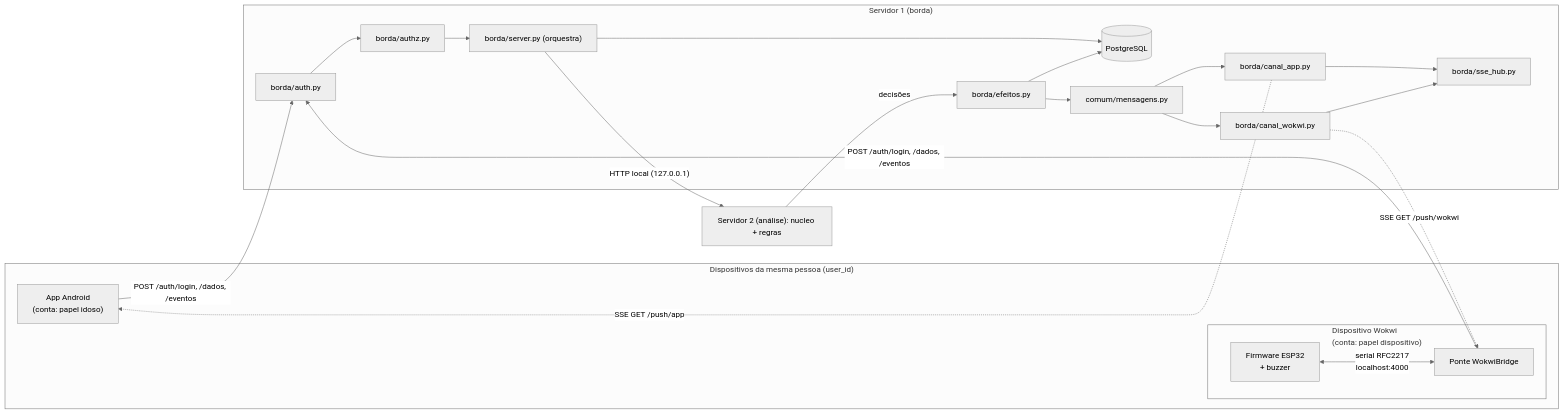
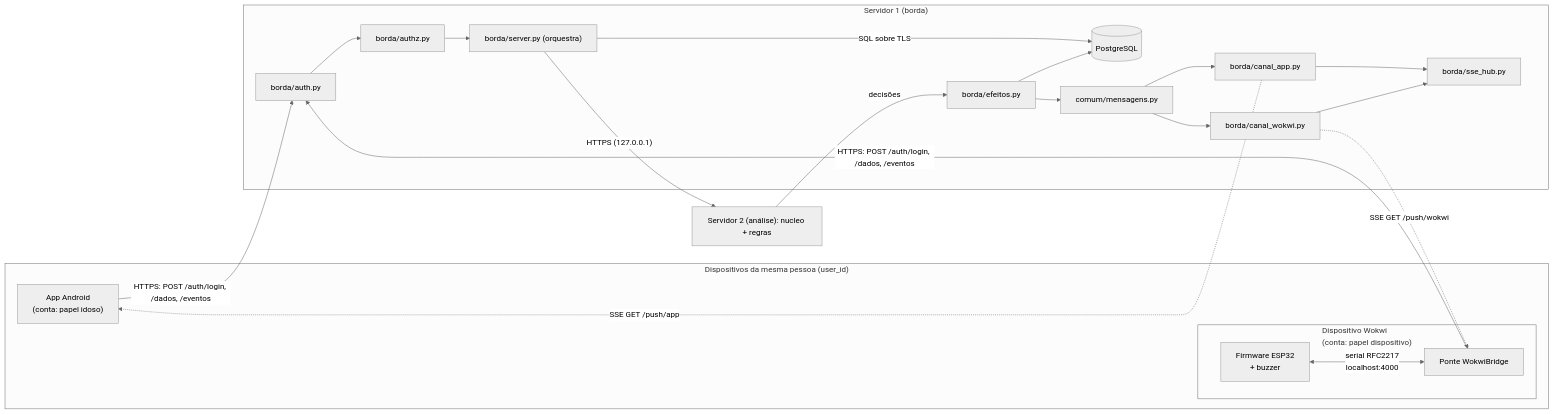
One commit to UFG-INF-SSU-2026/Flow changed the first of 5 diagrams in docs/arquitetura.md. Above: the diagram before and after it, drawn with Mermaid (neutral theme). The commit also changed other lines of this file and 33 other files, not shown here.

````diff
--- a/docs/arquitetura.md
+++ b/docs/arquitetura.md
@@ -99,38 +100,38 @@
 ```mermaid
 flowchart LR
     subgraph Disp["Dispositivos da mesma pessoa (user_id)"]
         APP["App Android<br/>(conta: papel idoso)"]
         subgraph WK["Dispositivo Wokwi<br/>(conta: papel dispositivo)"]
             ESP["Firmware ESP32<br/>+ buzzer"]
             BR["Ponte WokwiBridge"]
             ESP <-->|"serial RFC2217<br/>localhost:4000"| BR
         end
     end
 
     subgraph SRV["Servidor 1 (borda)"]
         AUTH["borda/auth.py"]
         AUTHZ["borda/authz.py"]
         SRVP["borda/server.py (orquestra)"]
         EF["borda/efeitos.py"]
         DB[("PostgreSQL")]
         MSG["comum/mensagens.py"]
         CA["borda/canal_app.py"]
         CW["borda/canal_wokwi.py"]
         HUB["borda/sse_hub.py"]
         CA --> HUB
         CW --> HUB
     end
 
-    APP -->|"POST /auth/login, /dados, /eventos"| AUTH
-    BR  -->|"POST /auth/login, /dados, /eventos"| AUTH
+    APP -->|"HTTPS: POST /auth/login, /dados, /eventos"| AUTH
+    BR  -->|"HTTPS: POST /auth/login, /dados, /eventos"| AUTH
     AUTH --> AUTHZ --> SRVP
-    SRVP -->|"HTTP local (127.0.0.1)"| RQ["Servidor 2 (análise): nucleo + regras"]
+    SRVP -->|"HTTPS (127.0.0.1)"| RQ["Servidor 2 (análise): nucleo + regras"]
     RQ -->|"decisões"| EF
-    SRVP --> DB
+    SRVP -->|"SQL sobre TLS"| DB
     EF --> DB
     EF --> MSG
     MSG --> CA
     MSG --> CW
     CA -.->|"SSE GET /push/app"| APP
     CW -.->|"SSE GET /push/wokwi"| BR
 ```
````
